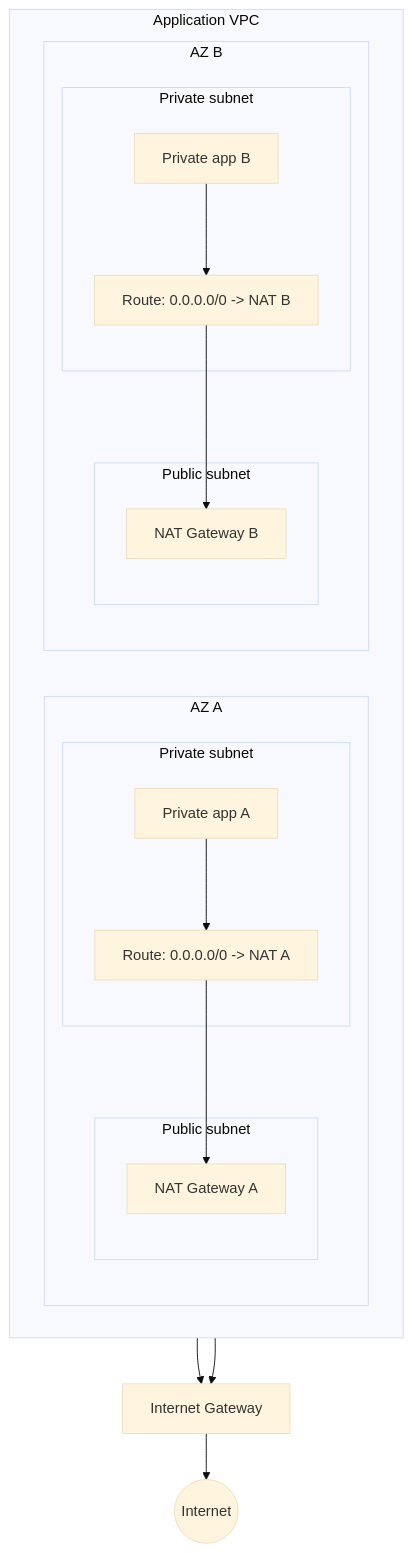
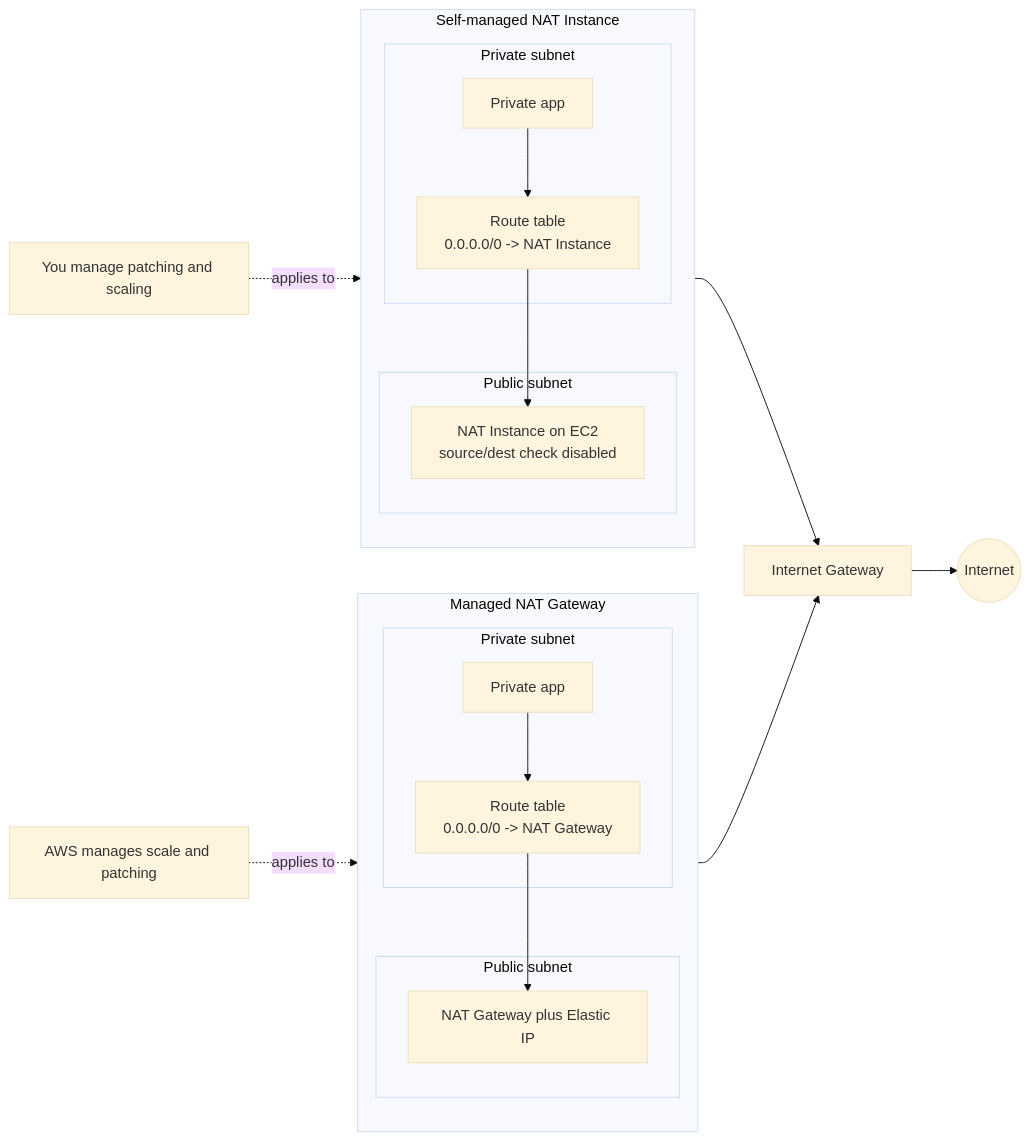
Before and after one commit to rooneyviet/aws-learning-obsidian: the diagram in 05 - Networking, DNS, and Edge/NAT Gateway and NAT Instances.md, drawn with Mermaid (base theme). The commit also changed 16 other files, not shown here.

Commit message:
update diagrams

````diff
--- a/05 - Networking, DNS, and Edge/NAT Gateway and NAT Instances.md
+++ b/05 - Networking, DNS, and Edge/NAT Gateway and NAT Instances.md
@@ -22,34 +22,31 @@
 ```mermaid
-flowchart TB
-    Internet((Internet))
+flowchart LR
+    IGW[Internet Gateway] --> Internet((Internet))
 
-    subgraph VPC["Application VPC"]
-        direction LR
-
-        subgraph AZA["AZ A"]
-            direction TB
-            subgraph PubA["Public subnet"]
-                NATA[NAT Gateway A]
-            end
-            subgraph PrivA["Private subnet"]
-                AppA[Private app A]
-                RTA[Route: 0.0.0.0/0 -> NAT A]
-            end
+    subgraph GatewayPattern["Managed NAT Gateway"]
+        direction TB
+        subgraph GWPub["Public subnet"]
+            NATGW[NAT Gateway plus Elastic IP]
         end
-
-        subgraph AZB["AZ B"]
-            direction TB
-            subgraph PubB["Public subnet"]
-                NATB[NAT Gateway B]
-            end
-            subgraph PrivB["Private subnet"]
-                AppB[Private app B]
-                RTB[Route: 0.0.0.0/0 -> NAT B]
-            end
+        subgraph GWPriv["Private subnet"]
+            AppGW[Private app]
+            GWRT["Route table\n0.0.0.0/0 -> NAT Gateway"]
         end
     end
 
-    IGW[Internet Gateway] --> Internet
-    AppA --> RTA --> NATA --> IGW
-    AppB --> RTB --> NATB --> IGW
+    subgraph InstancePattern["Self-managed NAT Instance"]
+        direction TB
+        subgraph InstPub["Public subnet"]
+            NATI[NAT Instance on EC2\nsource/dest check disabled]
+        end
+        subgraph InstPriv["Private subnet"]
+            AppI[Private app]
+            IRT["Route table\n0.0.0.0/0 -> NAT Instance"]
+        end
+    end
+
+    AppGW --> GWRT --> NATGW --> IGW
+    AppI --> IRT --> NATI --> IGW
+    Managed[AWS manages scale and patching] -. applies to .-> NATGW
+    SelfManaged[You manage patching and scaling] -. applies to .-> NATI
 ```
````
